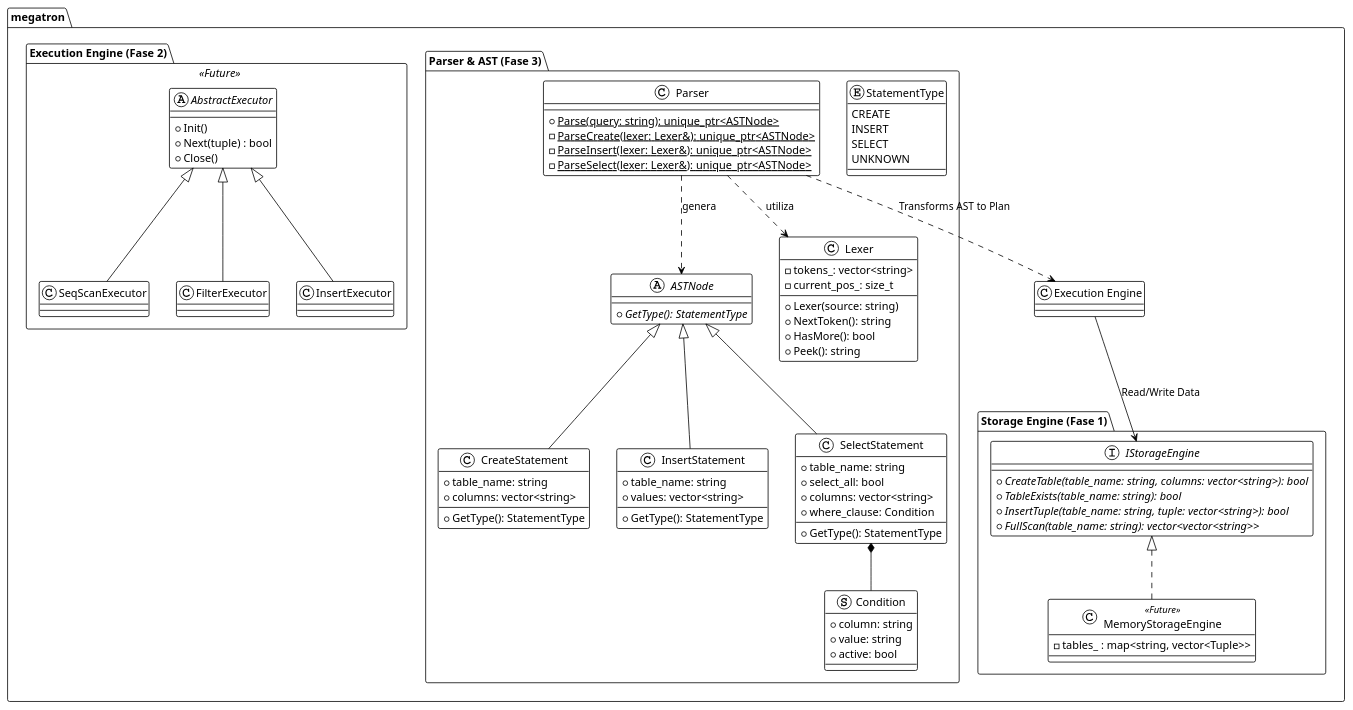
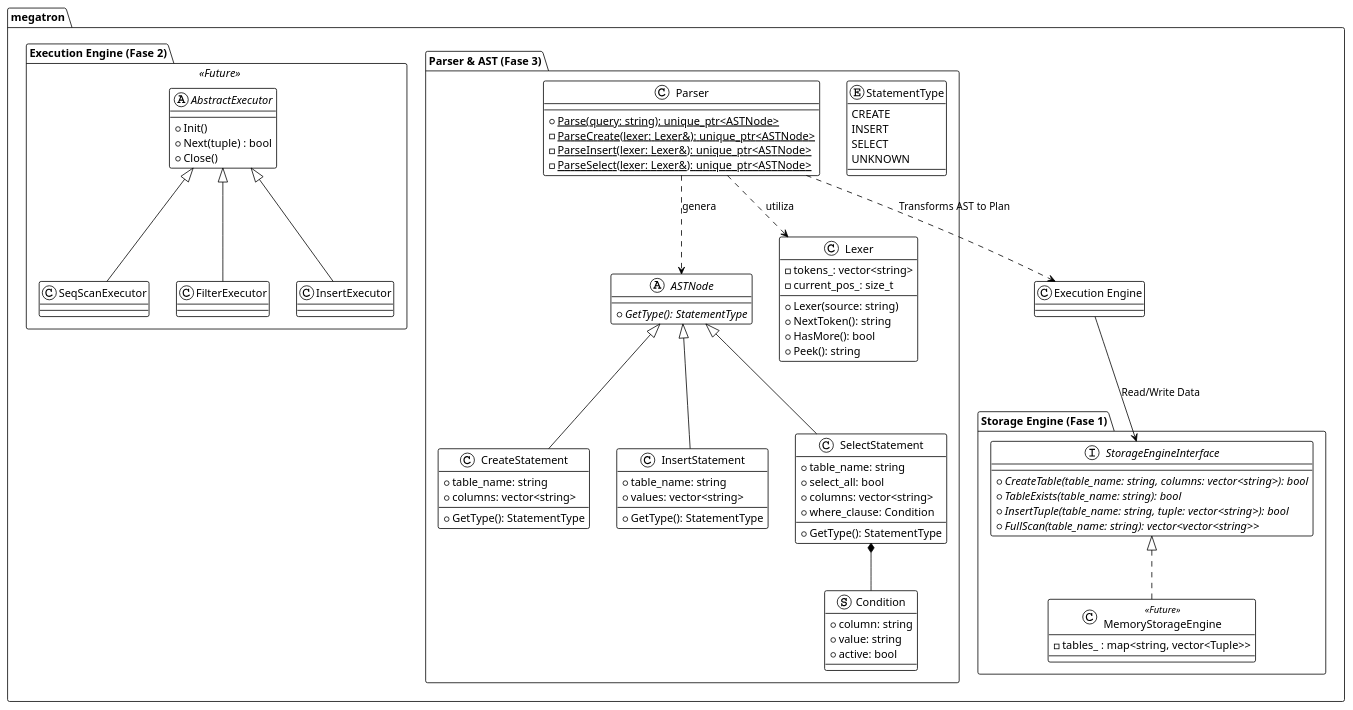
Before and after one commit to kimyork32/dbms: the diagram in docs/architecture.puml, drawn with PlantUML. The commit also changed 5 other files, not shown here.

```diff
--- a/docs/architecture.puml
+++ b/docs/architecture.puml
@@ -1,110 +1,110 @@
 @startuml Megatron_DBMS_Architecture
 
 ' Comando clave para permitir mezclar Componentes y Clases
 allowmixing
 
 !theme plain
 skinparam backgroundColor white
 skinparam componentStyle uml2
 
 namespace megatron {
 
     package "Parser & AST (Fase 3)" {
         enum StatementType {
             CREATE
             INSERT
             SELECT
             UNKNOWN
         }
 
         abstract class ASTNode {
             + {abstract} GetType(): StatementType
         }
 
         class CreateStatement {
             + table_name: string
             + columns: vector<string>
             + GetType(): StatementType
         }
 
         class InsertStatement {
             + table_name: string
             + values: vector<string>
             + GetType(): StatementType
         }
 
         class SelectStatement {
             + table_name: string
             + select_all: bool
             + columns: vector<string>
             + where_clause: Condition
             + GetType(): StatementType
         }
 
         struct Condition {
             + column: string
             + value: string
             + active: bool
         }
 
         class Lexer {
             - tokens_: vector<string>
             - current_pos_: size_t
             + Lexer(source: string)
             + NextToken(): string
             + HasMore(): bool
             + Peek(): string
         }
 
         class Parser {
             + {static} Parse(query: string): unique_ptr<ASTNode>
             - {static} ParseCreate(lexer: Lexer&): unique_ptr<ASTNode>
             - {static} ParseInsert(lexer: Lexer&): unique_ptr<ASTNode>
             - {static} ParseSelect(lexer: Lexer&): unique_ptr<ASTNode>
         }
 
         ASTNode <|-- CreateStatement
         ASTNode <|-- InsertStatement
         ASTNode <|-- SelectStatement
         SelectStatement *-- Condition
         Parser ..> Lexer : utiliza
         Parser ..> ASTNode : genera
     }
 
     package "Execution Engine (Fase 2)" <<Future>> {
         abstract class AbstractExecutor {
             + Init()
             + Next(tuple) : bool
             + Close()
         }
         
         class SeqScanExecutor
         class FilterExecutor
         class InsertExecutor
         
         AbstractExecutor <|-- SeqScanExecutor
         AbstractExecutor <|-- FilterExecutor
         AbstractExecutor <|-- InsertExecutor
     }
 
     package "Storage Engine (Fase 1)" {
-        interface IStorageEngine {
+        interface StorageEngineInterface {
             + {abstract} CreateTable(table_name: string, columns: vector<string>): bool
             + {abstract} TableExists(table_name: string): bool
             + {abstract} InsertTuple(table_name: string, tuple: vector<string>): bool
             + {abstract} FullScan(table_name: string): vector<vector<string>>
         }
 
         class MemoryStorageEngine <<Future>> {
             - tables_ : map<string, vector<Tuple>>
         }
         
-        IStorageEngine <|.. MemoryStorageEngine
+        StorageEngineInterface <|.. MemoryStorageEngine
     }
 
     ' Relaciones entre capas
     Parser ..> "Execution Engine" : "Transforms AST to Plan"
-    "Execution Engine" --> IStorageEngine : "Read/Write Data"
+    "Execution Engine" --> StorageEngineInterface : "Read/Write Data"
 }
 
 @enduml
```
